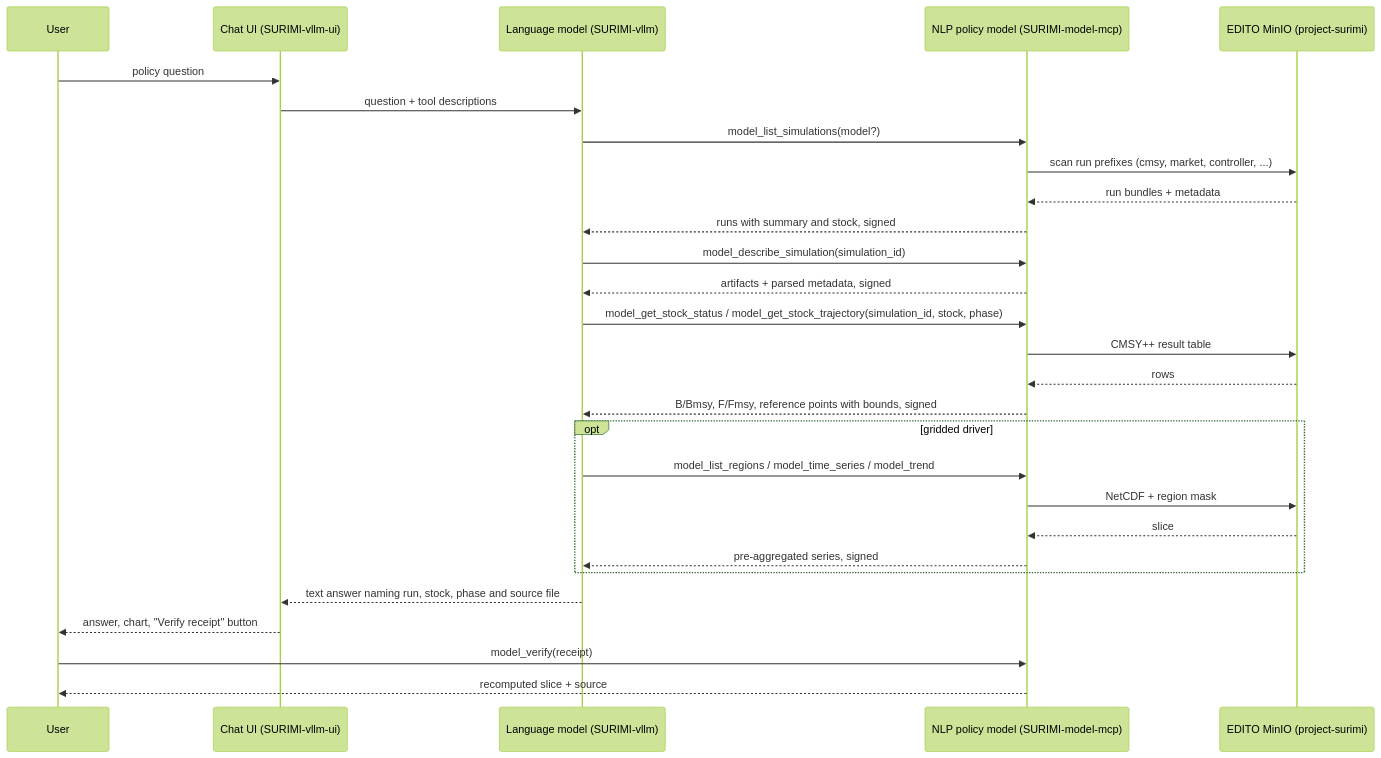
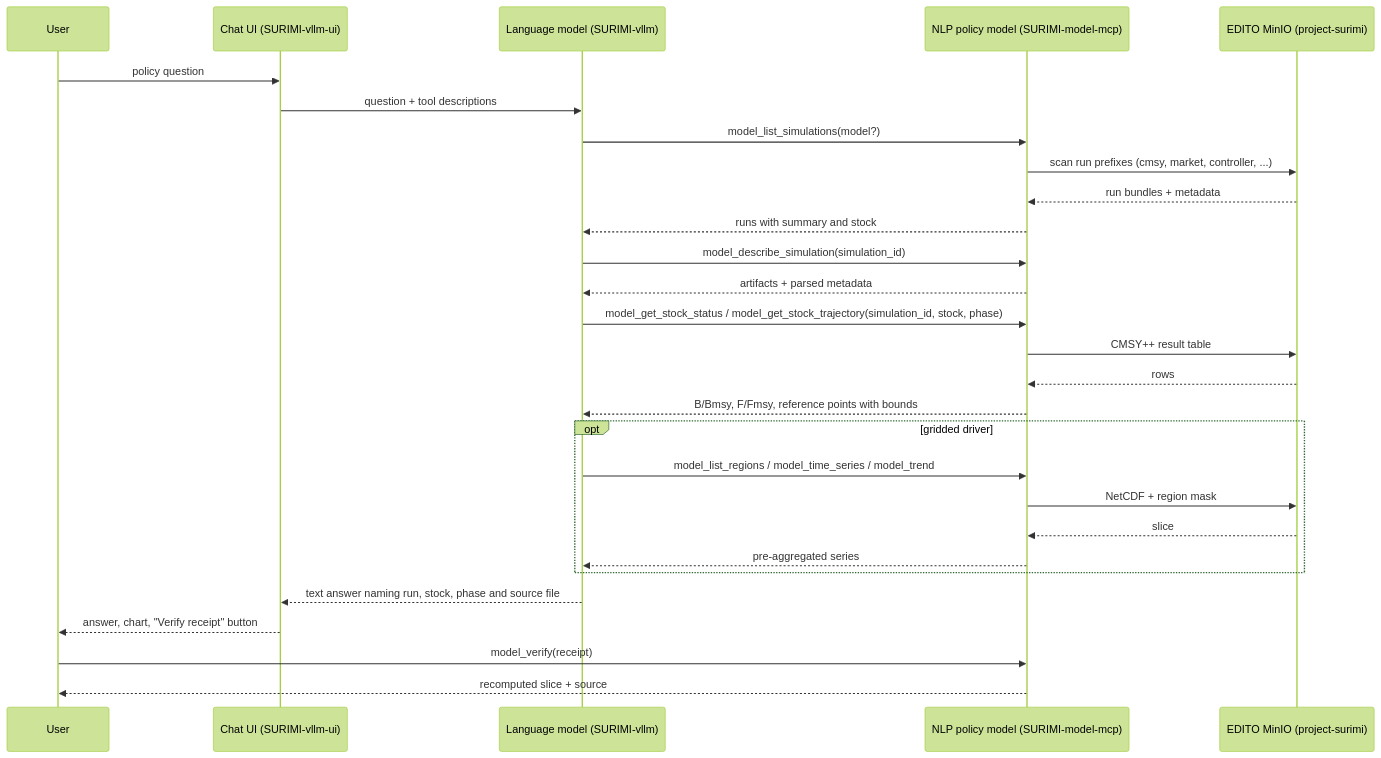
Before and after one commit to SURIMI-Project/SURIMI-project: the second of 2 diagrams in deliverables/D3.9 - NLP policy model/D3.9 - NLP policy model.md, drawn with Mermaid (forest theme). The commit also changed other lines of this file and 4 other files, not shown here.

````diff
--- a/deliverables/D3.9 - NLP policy model/D3.9 - NLP policy model.md
+++ b/deliverables/D3.9 - NLP policy model/D3.9 - NLP policy model.md
@@ -99,31 +106,31 @@
 ```mermaid
 sequenceDiagram
     participant User as User
     participant UI as Chat UI (SURIMI-vllm-ui)
     participant LLM as Language model (SURIMI-vllm)
     participant MODEL as NLP policy model (SURIMI-model-mcp)
     participant S3 as EDITO MinIO (project-surimi)
 
     User ->> UI: policy question
     UI ->> LLM: question + tool descriptions
     LLM ->> MODEL: model_list_simulations(model?)
     MODEL ->> S3: scan run prefixes (cmsy, market, controller, ...)
     S3 -->> MODEL: run bundles + metadata
-    MODEL -->> LLM: runs with summary and stock, signed
+    MODEL -->> LLM: runs with summary and stock
     LLM ->> MODEL: model_describe_simulation(simulation_id)
-    MODEL -->> LLM: artifacts + parsed metadata, signed
+    MODEL -->> LLM: artifacts + parsed metadata
     LLM ->> MODEL: model_get_stock_status / model_get_stock_trajectory(simulation_id, stock, phase)
     MODEL ->> S3: CMSY++ result table
     S3 -->> MODEL: rows
-    MODEL -->> LLM: B/Bmsy, F/Fmsy, reference points with bounds, signed
+    MODEL -->> LLM: B/Bmsy, F/Fmsy, reference points with bounds
     opt gridded driver
         LLM ->> MODEL: model_list_regions / model_time_series / model_trend
         MODEL ->> S3: NetCDF + region mask
         S3 -->> MODEL: slice
-        MODEL -->> LLM: pre-aggregated series, signed
+        MODEL -->> LLM: pre-aggregated series
     end
     LLM -->> UI: text answer naming run, stock, phase and source file
     UI -->> User: answer, chart, "Verify receipt" button
     User ->> MODEL: model_verify(receipt)
     MODEL -->> User: recomputed slice + source
 ```
````
